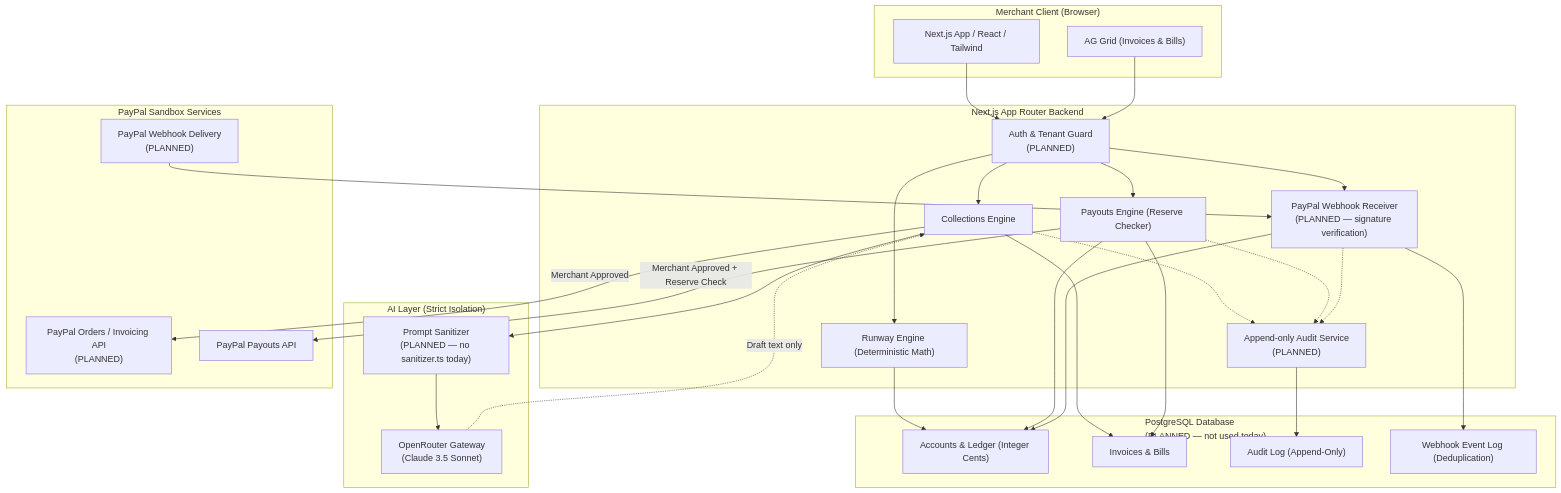
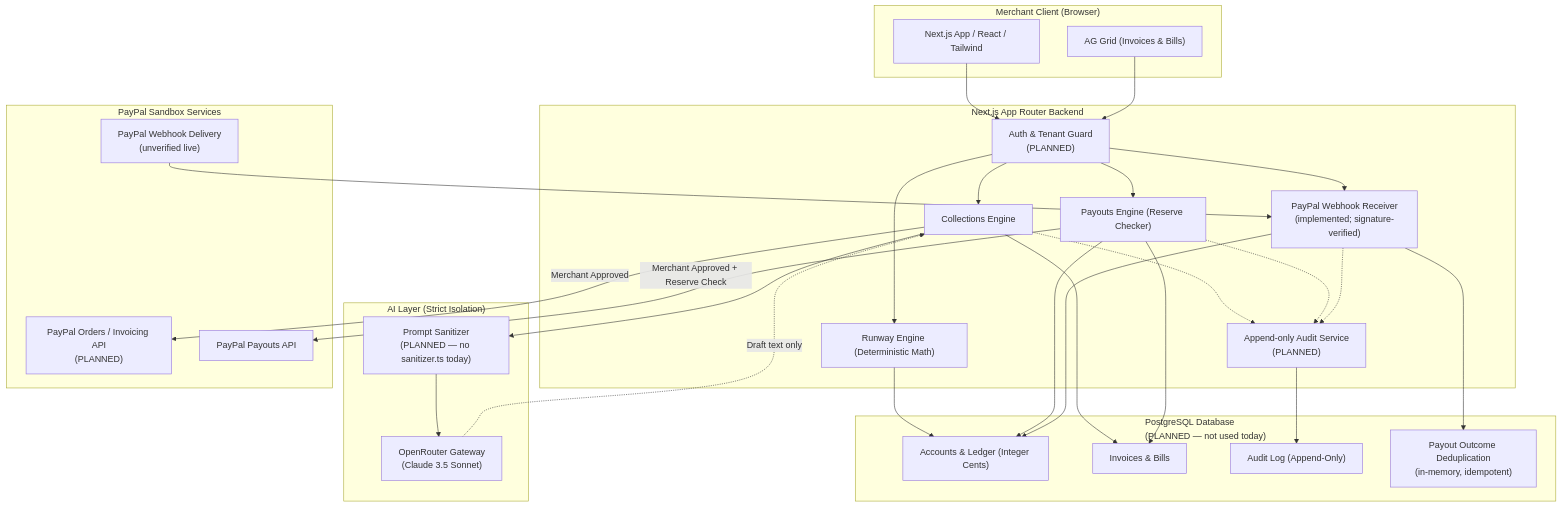
One commit to Viruss07/merchops-ai changed the second of 3 diagrams in docs/ARCHITECTURE.md. Above: the diagram before and after it, drawn with Mermaid. The commit also changed other lines of this file and 24 other files, not shown here.

Commit message:
feat: add settlement-safe PayPal payout lifecycle

````diff
--- a/docs/ARCHITECTURE.md
+++ b/docs/ARCHITECTURE.md
@@ -104,57 +108,57 @@
 ```mermaid
 flowchart TD
     subgraph Client["Merchant Client (Browser)"]
         UI["Next.js App / React / Tailwind"]
         Grid["AG Grid (Invoices & Bills)"]
     end
 
     subgraph App["Next.js App Router Backend"]
         Auth["Auth & Tenant Guard\n(PLANNED)"]
         RunwayEng["Runway Engine (Deterministic Math)"]
         CollEng["Collections Engine"]
         PayoutEng["Payouts Engine (Reserve Checker)"]
-        WebhookHandler["PayPal Webhook Receiver\n(PLANNED — signature verification)"]
+        WebhookHandler["PayPal Webhook Receiver\n(implemented; signature-verified)"]
         AuditService["Append-only Audit Service\n(PLANNED)"]
     end
 
     subgraph AI["AI Layer (Strict Isolation)"]
         OpenRouter["OpenRouter Gateway\n(Claude 3.5 Sonnet)"]
         Sanitizer["Prompt Sanitizer\n(PLANNED — no sanitizer.ts today)"]
     end
 
     subgraph Data["PostgreSQL Database\n(PLANNED — not used today)"]
         Ledger["Accounts & Ledger (Integer Cents)"]
         Receivables["Invoices & Bills"]
         AuditDB["Audit Log (Append-Only)"]
-        WebhookDedupe["Webhook Event Log (Deduplication)"]
+        WebhookDedupe["Payout Outcome Deduplication\n(in-memory, idempotent)"]
     end
 
     subgraph PayPal["PayPal Sandbox Services"]
         PPInvoicing["PayPal Orders / Invoicing API\n(PLANNED)"]
         PPPayouts["PayPal Payouts API"]
-        PPWebhooks["PayPal Webhook Delivery\n(PLANNED)"]
+        PPWebhooks["PayPal Webhook Delivery\n(unverified live)"]
     end
 
     UI --> Auth
     Grid --> Auth
     Auth --> RunwayEng
     Auth --> CollEng
     Auth --> PayoutEng
     Auth --> WebhookHandler
     RunwayEng --> Ledger
     CollEng --> Receivables
     PayoutEng --> Ledger
     PayoutEng --> Receivables
     WebhookHandler --> WebhookDedupe
     WebhookHandler --> Ledger
     CollEng --> Sanitizer
     Sanitizer --> OpenRouter
     OpenRouter -.->|Draft text only| CollEng
     CollEng -->|Merchant Approved| PPInvoicing
     PayoutEng -->|Merchant Approved + Reserve Check| PPPayouts
     PPWebhooks --> WebhookHandler
     CollEng -.-> AuditService
     PayoutEng -.-> AuditService
     WebhookHandler -.-> AuditService
     AuditService --> AuditDB
 ```
````
